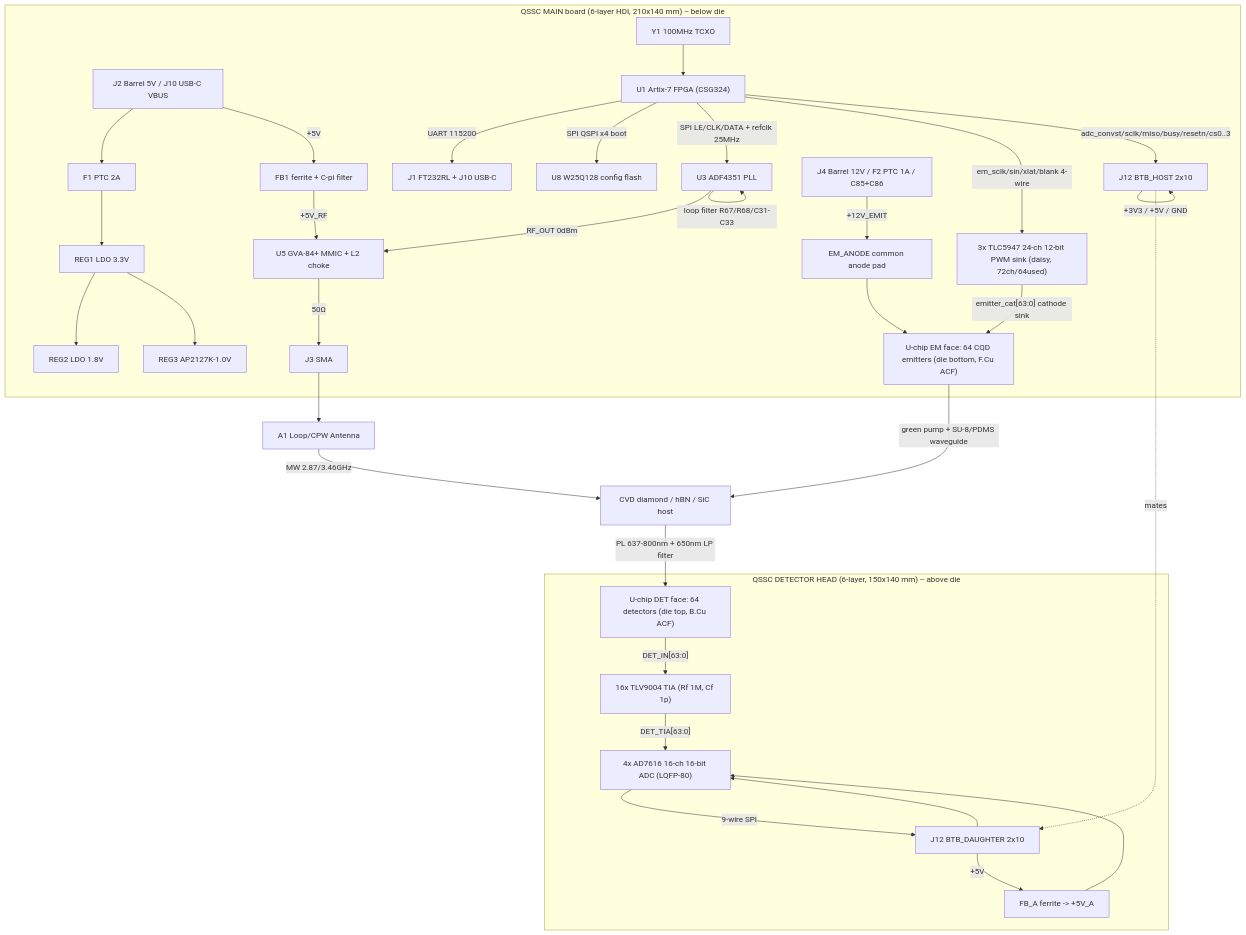
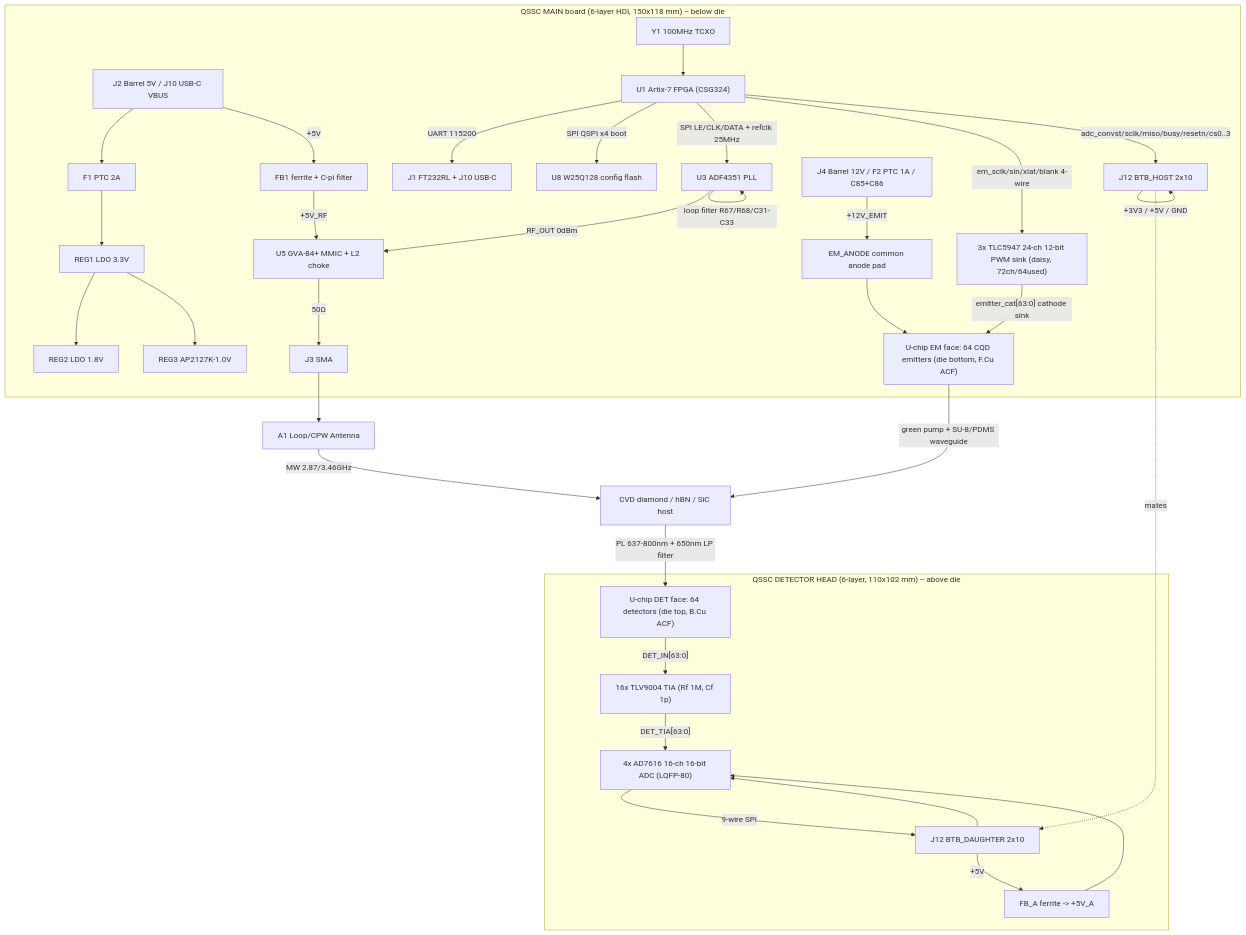
Before and after one commit to VABISMO/QSSC: the first of 2 diagrams in hardware/HARDWARE_DESIGN.md, drawn with Mermaid. The commit also changed other lines of this file and 14 other files, not shown here.

````diff
--- a/hardware/HARDWARE_DESIGN.md
+++ b/hardware/HARDWARE_DESIGN.md
@@ -164,36 +164,36 @@
 ```mermaid
 flowchart TD
-    subgraph Main["QSSC MAIN board (6-layer HDI, 210x140 mm) -- below die"]
+    subgraph Main["QSSC MAIN board (6-layer HDI, 150x118 mm) -- below die"]
         J2["J2 Barrel 5V / J10 USB-C VBUS"] --> F1["F1 PTC 2A"] --> REG1["REG1 LDO 3.3V"]
         REG1 --> REG2["REG2 LDO 1.8V"]
         REG1 --> REG3["REG3 AP2127K-1.0V"]
         J2 -->|"+5V"| FB1["FB1 ferrite + C-pi filter"]
         Y1["Y1 100MHz TCXO"] --> U1["U1 Artix-7 FPGA (CSG324)"]
         U1 -->|"UART 115200"| J1["J1 FT232RL + J10 USB-C"]
         U1 -->|"SPI QSPI x4 boot"| W25["U8 W25Q128 config flash"]
         U1 -->|"SPI LE/CLK/DATA + refclk 25MHz"| U3["U3 ADF4351 PLL"]
         U3 -->|"loop filter R67/R68/C31-C33"| U3
         U3 -->|"RF_OUT 0dBm"| U5["U5 GVA-84+ MMIC + L2 choke"]
         FB1 -->|"+5V_RF"| U5
         U5 -->|"50Ω"| J3["J3 SMA"]
         U1 -->|"em_sclk/sin/xlat/blank 4-wire"| TLC["3x TLC5947 24-ch 12-bit PWM sink (daisy, 72ch/64used)"]
         J4["J4 Barrel 12V / F2 PTC 1A / C85+C86"] -->|"+12V_EMIT"| ANODE["EM_ANODE common anode pad"]
         TLC -->|"emitter_cat[63:0] cathode sink"| CHIP_EM["U-chip EM face: 64 CQD emitters (die bottom, F.Cu ACF)"]
         ANODE --> CHIP_EM
         U1 -->|"adc_convst/sclk/miso/busy/resetn/cs0..3"| J12H["J12 BTB_HOST 2x10"]
         J12H -->|"+3V3 / +5V / GND"| J12H
     end
-    subgraph Head["QSSC DETECTOR HEAD (6-layer, 150x140 mm) -- above die"]
+    subgraph Head["QSSC DETECTOR HEAD (6-layer, 110x102 mm) -- above die"]
         J12D["J12 BTB_DAUGHTER 2x10"] --> ADC["4x AD7616 16-ch 16-bit ADC (LQFP-80)"]
         J12D -->|"+5V"| FBA["FB_A ferrite -> +5V_A"]
         FBA --> ADC
         ADC -->|"9-wire SPI"| J12D
         DET["U-chip DET face: 64 detectors (die top, B.Cu ACF)"] -->|"DET_IN[63:0]"| TIA["16x TLV9004 TIA (Rf 1M, Cf 1p)"]
         TIA -->|"DET_TIA[63:0]"| ADC
     end
     J12H -.->|"mates"| J12D
     J3 --> A1["A1 Loop/CPW Antenna"]
     A1 -->|"MW 2.87/3.46GHz"| Sub["CVD diamond / hBN / SiC host"]
     CHIP_EM -->|"green pump + SU-8/PDMS waveguide"| Sub
     Sub -->|"PL 637-800nm + 650nm LP filter"| DET
 ```
````
